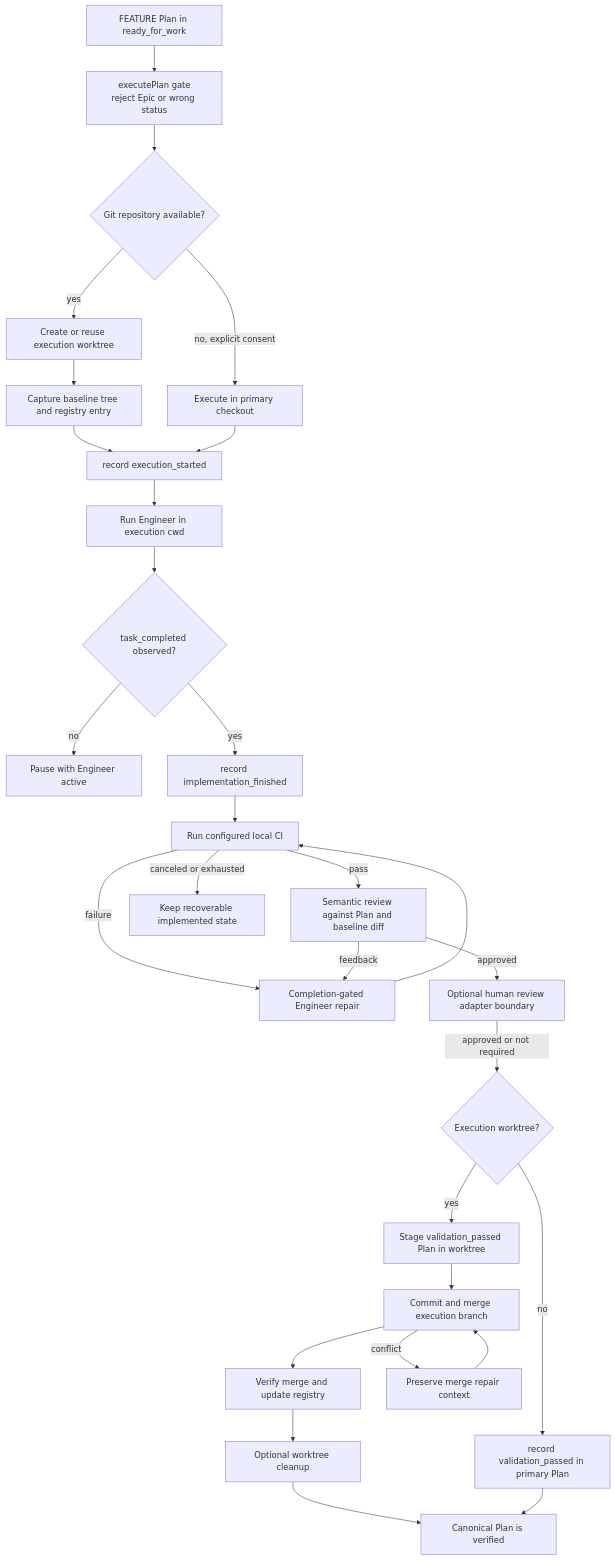
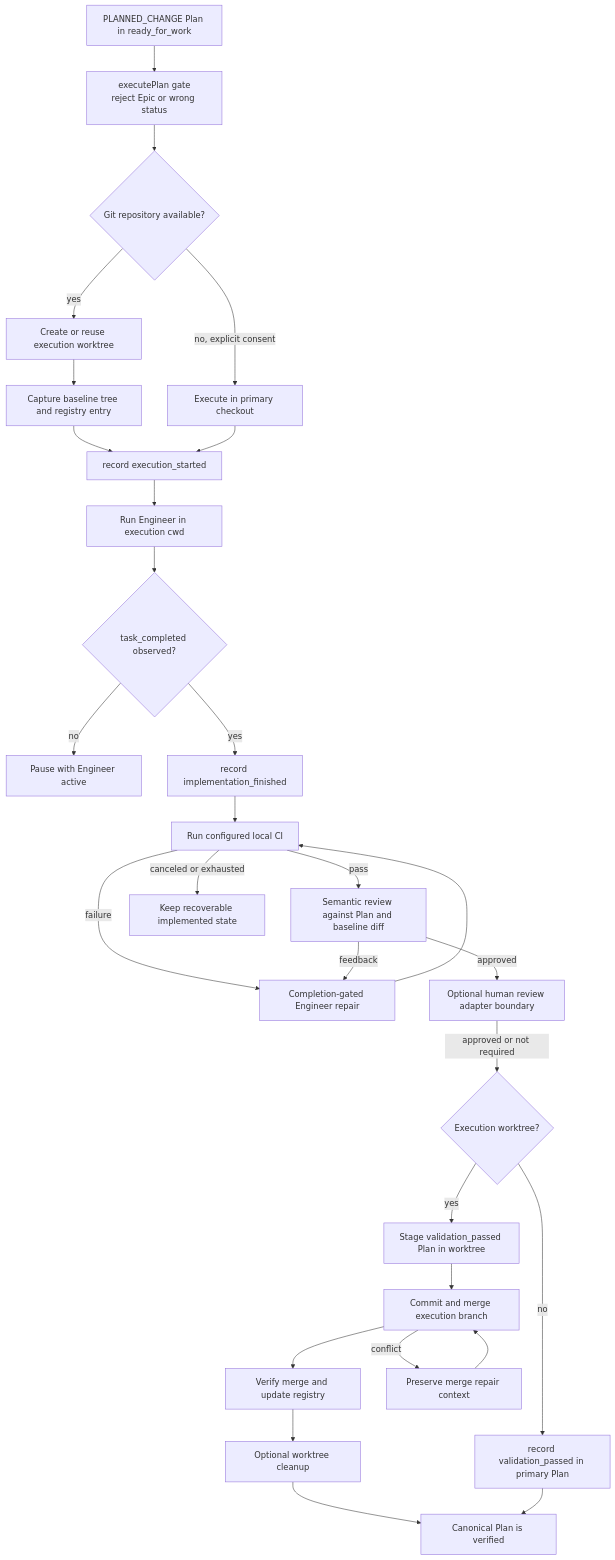
Before and after one commit to gandazgul/runwield: diagram 12 of 13 in architecture.md, drawn with Mermaid. The commit also changed other lines of this file and 2 other files, not shown here.

````diff
--- a/architecture.md
+++ b/architecture.md
@@ -700,36 +721,36 @@
 ```mermaid
 flowchart TD
-    Ready["FEATURE Plan in ready_for_work"] --> Gate["executePlan gate\nreject Epic or wrong status"]
+    Ready["PLANNED_CHANGE Plan in ready_for_work"] --> Gate["executePlan gate\nreject Epic or wrong status"]
     Gate --> GitProbe{"Git repository available?"}
 
     GitProbe -->|yes| Worktree["Create or reuse execution worktree"]
     Worktree --> Baseline["Capture baseline tree and registry entry"]
     GitProbe -->|no, explicit consent| InPlace["Execute in primary checkout"]
 
     Baseline --> Started["record execution_started"]
     InPlace --> Started
     Started --> Engineer["Run Engineer in execution cwd"]
     Engineer --> Completed{"task_completed observed?"}
     Completed -->|no| Pause["Pause with Engineer active"]
     Completed -->|yes| Implemented["record implementation_finished"]
 
     Implemented --> CI["Run configured local CI"]
     CI -->|failure| Repair["Completion-gated Engineer repair"]
     Repair --> CI
     CI -->|pass| Semantic["Semantic review against Plan and baseline diff"]
     Semantic -->|feedback| Repair
     Semantic -->|approved| HumanGate["Optional human review adapter boundary"]
 
     HumanGate -->|approved or not required| MergeChoice{"Execution worktree?"}
     MergeChoice -->|yes| StageVerified["Stage validation_passed Plan in worktree"]
     StageVerified --> Merge["Commit and merge execution branch"]
     Merge --> VerifyMerge["Verify merge and update registry"]
     VerifyMerge --> Cleanup["Optional worktree cleanup"]
     MergeChoice -->|no| RecordVerified["record validation_passed in primary Plan"]
     Cleanup --> Verified["Canonical Plan is verified"]
     RecordVerified --> Verified
 
     CI -->|canceled or exhausted| ValidationFailed["Keep recoverable implemented state"]
     Merge -->|conflict| MergeRepair["Preserve merge repair context"]
     MergeRepair --> Merge
 ```
````
